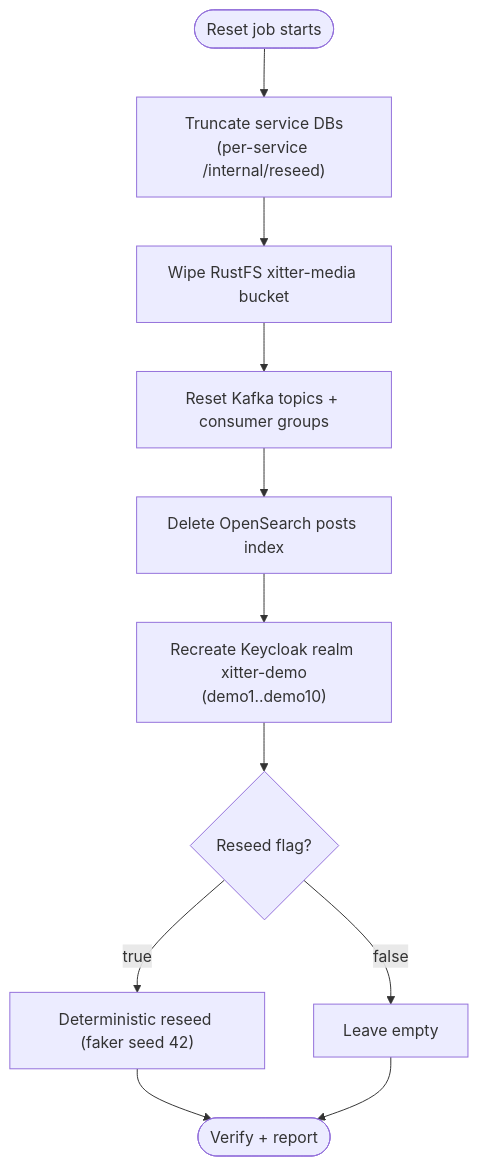
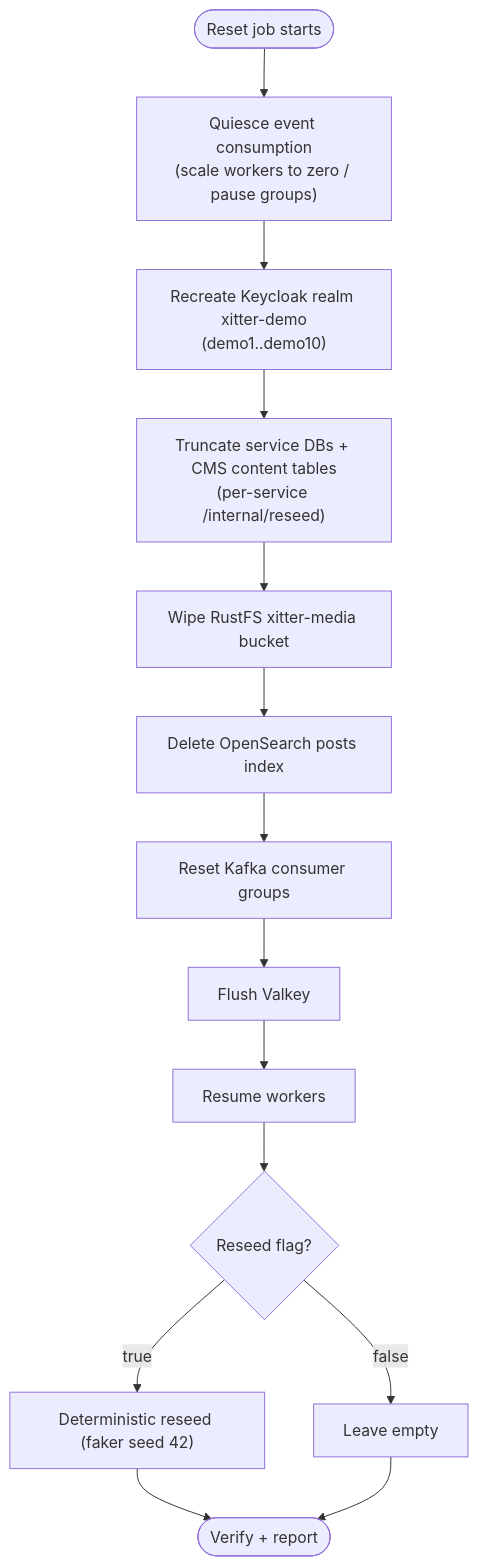
Before and after one commit to jdc-projects/xitter: the diagram in docs/specs/operations/02-data-reset.md, drawn with Mermaid. The commit also changed other lines of this file, not shown here.

First line of the commit message:
docs: reconcile reset ordering across specs

````diff
--- a/docs/specs/operations/02-data-reset.md
+++ b/docs/specs/operations/02-data-reset.md
@@ -29,13 +31,16 @@
 ```mermaid
 flowchart TD
-  S(["Reset job starts"]) --> T["Truncate service DBs\n(per-service /internal/reseed)"]
+  S(["Reset job starts"]) --> Q["Quiesce event consumption\n(scale workers to zero / pause groups)"]
+  Q --> C["Recreate Keycloak realm xitter-demo\n(demo1..demo10)"]
+  C --> T["Truncate service DBs + CMS content tables\n(per-service /internal/reseed)"]
   T --> M["Wipe RustFS xitter-media bucket"]
-  M --> K["Reset Kafka topics + consumer groups"]
-  K --> O["Delete OpenSearch posts index"]
-  O --> C["Recreate Keycloak realm xitter-demo\n(demo1..demo10)"]
-  C --> R{Reseed flag?}
+  M --> O["Delete OpenSearch posts index"]
+  O --> K["Reset Kafka consumer groups"]
+  K --> FL["Flush Valkey"]
+  FL --> W["Resume workers"]
+  W --> R{Reseed flag?}
   R -->|true| D["Deterministic reseed (faker seed 42)"]
   R -->|false| E["Leave empty"]
   D --> V(["Verify + report"])
   E --> V
 ```
````
